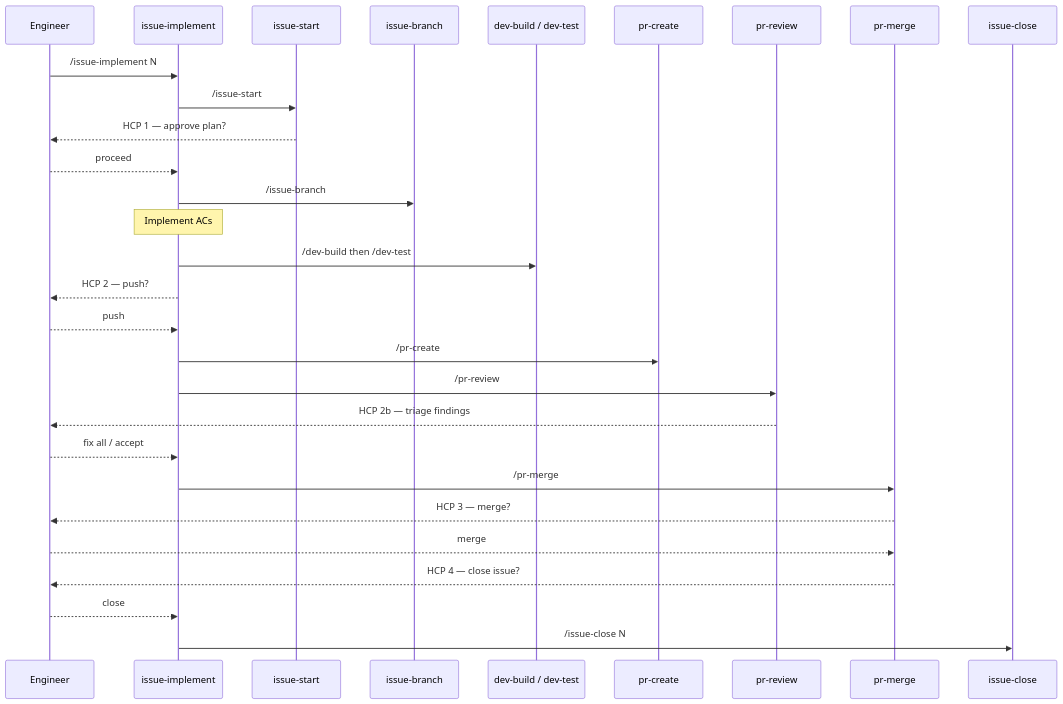
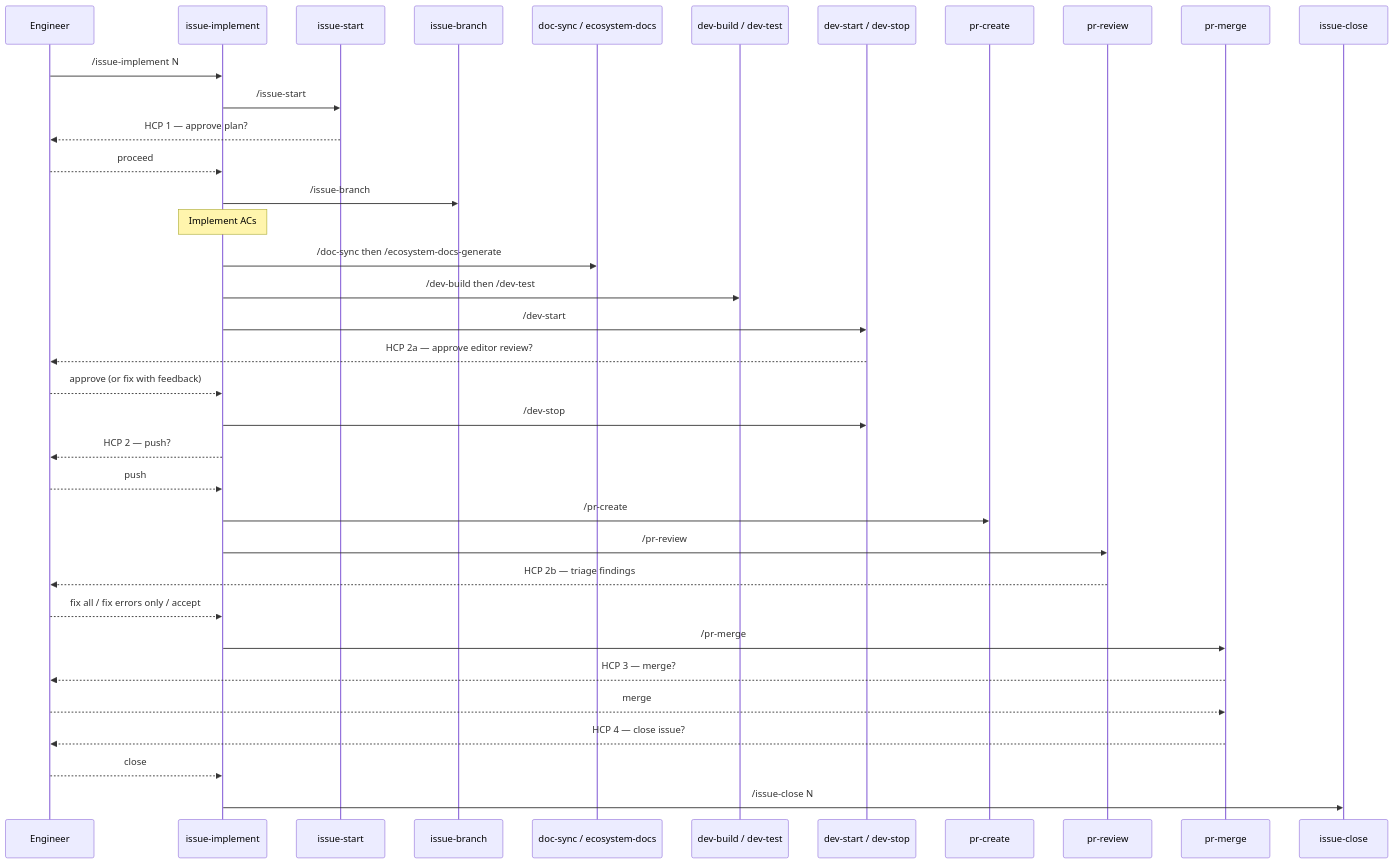
The third of 3 diagrams in docs/ecosystem-design.md (ashitaka-emishi/lob-online), drawn with Mermaid before and after one commit. The commit also changed other lines of this file and 20 other files, not shown here.

````diff
--- a/docs/ecosystem-design.md
+++ b/docs/ecosystem-design.md
@@ -133,32 +139,39 @@
 ```mermaid
 sequenceDiagram
   participant E as Engineer
   participant IM as issue-implement
   participant IS as issue-start
   participant IB as issue-branch
+  participant DS as doc-sync / ecosystem-docs
   participant DB as dev-build / dev-test
+  participant DS2 as dev-start / dev-stop
   participant PC as pr-create
   participant PR as pr-review
   participant PM as pr-merge
   participant IC as issue-close
 
   E->>IM: /issue-implement N
   IM->>IS: /issue-start
   IS-->>E: HCP 1 — approve plan?
   E-->>IM: proceed
   IM->>IB: /issue-branch
   Note over IM: Implement ACs
+  IM->>DS: /doc-sync then /ecosystem-docs-generate
   IM->>DB: /dev-build then /dev-test
+  IM->>DS2: /dev-start
+  DS2-->>E: HCP 2a — approve editor review?
+  E-->>IM: approve (or fix with feedback)
+  IM->>DS2: /dev-stop
   IM-->>E: HCP 2 — push?
   E-->>IM: push
   IM->>PC: /pr-create
   IM->>PR: /pr-review
   PR-->>E: HCP 2b — triage findings
-  E-->>IM: fix all / accept
+  E-->>IM: fix all / fix errors only / accept
   IM->>PM: /pr-merge
   PM-->>E: HCP 3 — merge?
   E-->>PM: merge
   PM-->>E: HCP 4 — close issue?
   E-->>IM: close
   IM->>IC: /issue-close N
 ```
````
